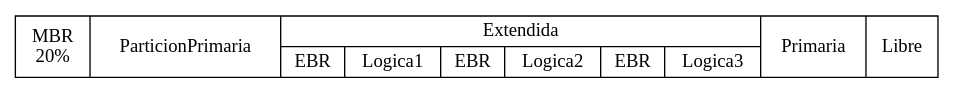
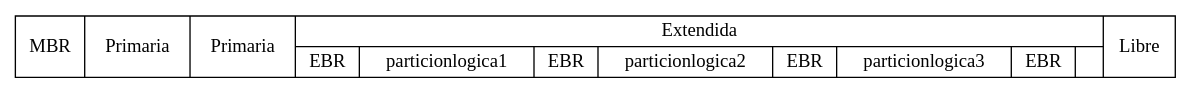
One commit to LuisReal/MIA_P1_201313965 changed the diagram in disk.dot. Above: the diagram before and after it, drawn with Graphviz. The commit also changed 2 other files, not shown here.

Commit message:
graficando particion extendida en Reporte disk
en funcion reportedisk se creo codigo para graficar las particiones logicas de la particion extendida

```diff
--- a/disk.dot
+++ b/disk.dot
@@ -1,2 +1,2 @@
 digraph G {
-		node [shape=record];struct1 [label="MBR &#92;n 20%|ParticionPrimaria|{ Extendida | {EBR | Logica1 | EBR | Logica2 | EBR | Logica3}}|Primaria |Libre "];}
+		node [shape=record];struct1 [label="MBR|Primaria|Primaria|{ Extendida |{EBR |particionlogica1 |EBR |particionlogica2 |EBR |particionlogica3 |EBR |}}|Libre "];}
```
